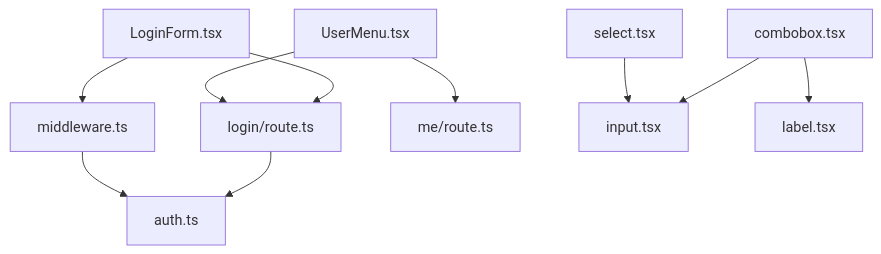
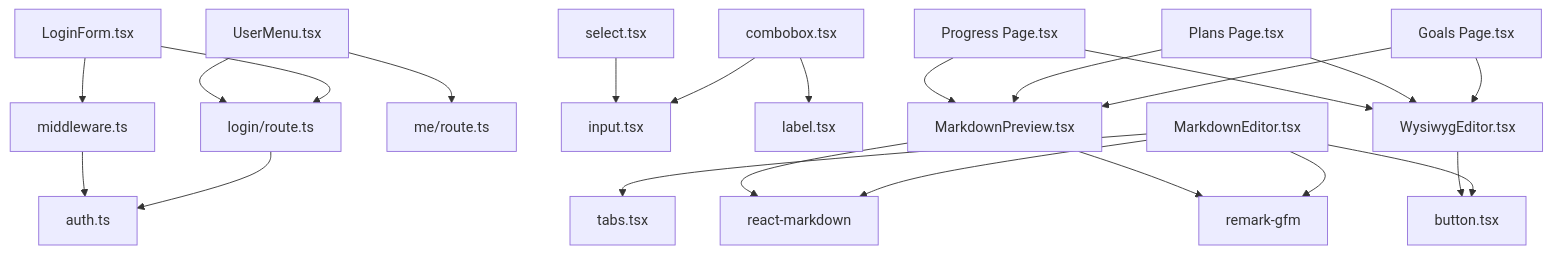
Before and after one commit to peixuanhu/goal-mate: the ninth of 9 diagrams in .qoder/repowiki/en/content/UI Components/Form Components.md, drawn with Mermaid. The commit also changed other lines of this file and 10 other files, not shown here.

````diff
--- a/.qoder/repowiki/en/content/UI Components/Form Components.md
+++ b/.qoder/repowiki/en/content/UI Components/Form Components.md
@@ -360,12 +542,25 @@
 ```mermaid
 graph TB
 LF["LoginForm.tsx"] --> LR["login/route.ts"]
 LF --> MW["middleware.ts"]
 LR --> AT["auth.ts"]
 MW --> AT
 UM["UserMenu.tsx"] --> MR["me/route.ts"]
 UM --> LR
 CB["combobox.tsx"] --> IN["input.tsx"]
 CB --> LB["label.tsx"]
 SL["select.tsx"] --> IN
+ME["MarkdownEditor.tsx"] --> RM["react-markdown"]
+ME --> RG["remark-gfm"]
+ME --> TAB["tabs.tsx"]
+ME --> BTN["button.tsx"]
+MP["MarkdownPreview.tsx"] --> RM
+MP --> RG
+WE["WysiwygEditor.tsx"] --> BTN
+GP["Goals Page.tsx"] --> WE
+GP --> MP
+PP["Plans Page.tsx"] --> WE
+PP --> MP
+PRP["Progress Page.tsx"] --> WE
+PRP --> MP
 ```
````
